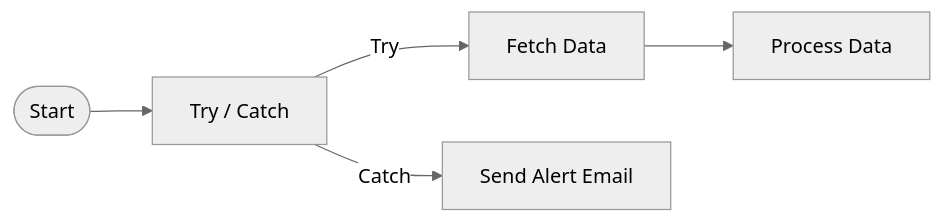
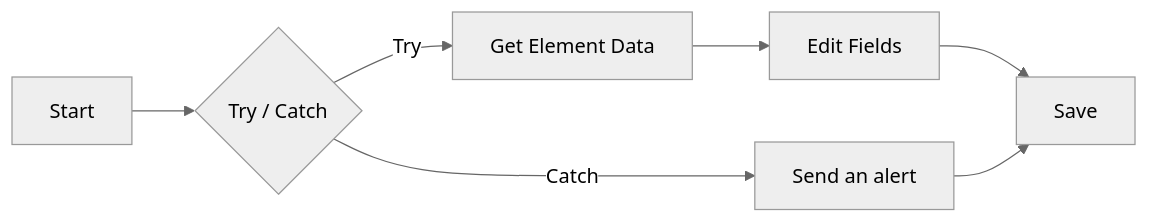
The diagram in src/content/docs/concepts/flow/error-handling.mdx (agentic-com/Agentic-Flow-Doc), drawn with Mermaid (neutral theme) before and after one commit. The commit also changed other lines of this file and 36 other files, not shown here.

````diff
--- a/src/content/docs/concepts/flow/error-handling.mdx
+++ b/src/content/docs/concepts/flow/error-handling.mdx
@@ -45,6 +99,12 @@
 ```mermaid
 flowchart LR
-    Start(["Start"]) --> T["Try / Catch"]
-    T -- Try --> F["Fetch Data"] --> P["Process Data"]
-    T -- Catch --> A["Send Alert Email"]
+  S[Start] --> T{Try / Catch}
+  T -->|Try| F[Get Element Data] --> P[Edit Fields]
+  T -->|Catch| A[Send an alert]
+  P --> J[Save]
+  A --> J
+  class T awf-flow
+  class F,P awf-data
+  class A awf-err
+  class J awf-ok
 ```
````
